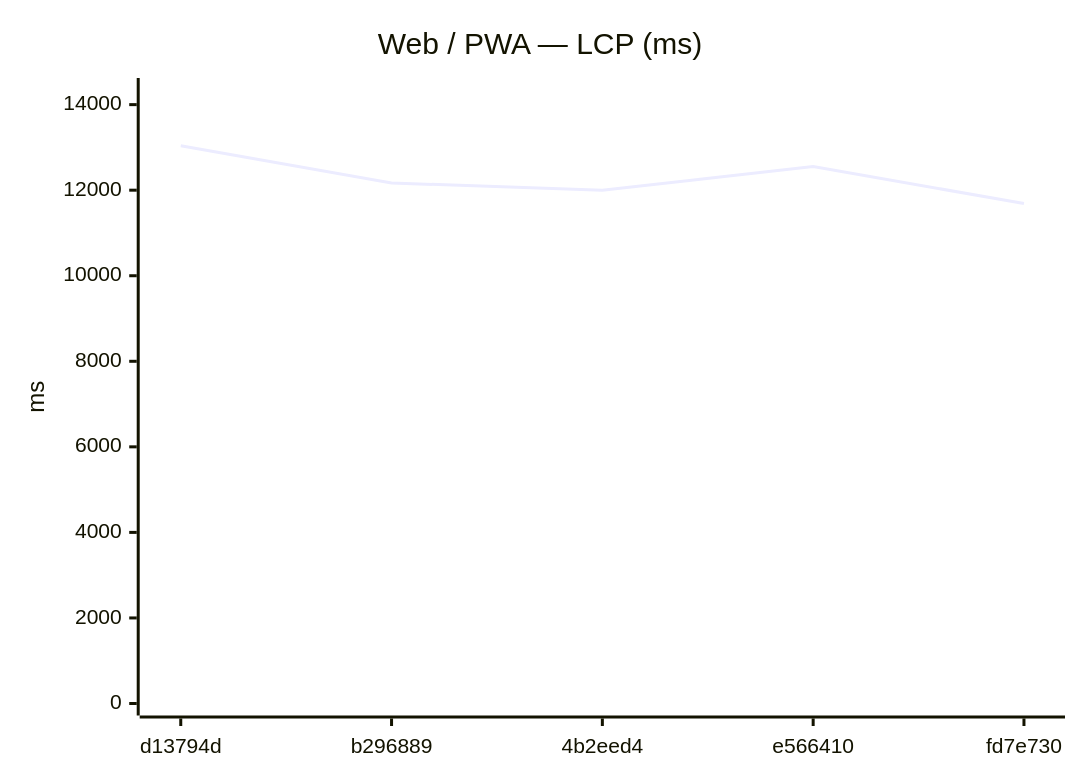
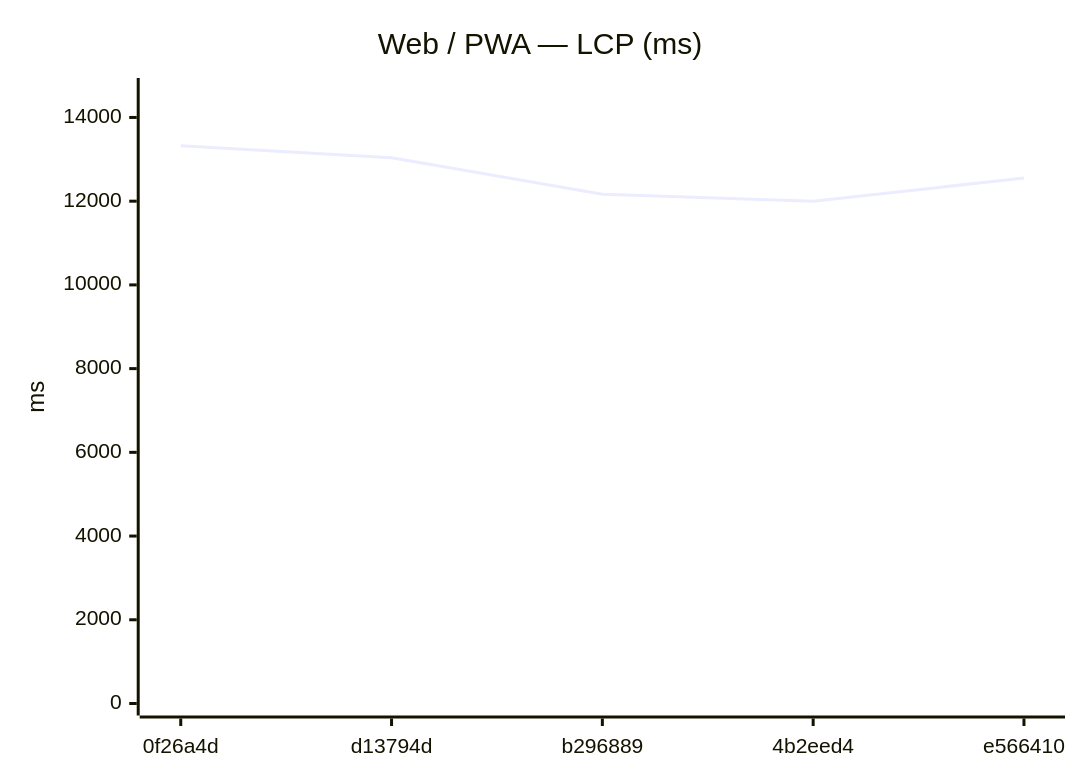
Before and after one commit to Metaheurist/Rianell: the seventh of 18 diagrams in benchmarks/compare.md, drawn with Mermaid. The commit also changed other lines of this file and 11 other files, not shown here.

````diff
--- a/benchmarks/compare.md
+++ b/benchmarks/compare.md
@@ -117,7 +117,7 @@
 ```mermaid
 xychart-beta
     title "Web / PWA — LCP (ms)"
-    x-axis ["d13794d", "b296889", "4b2eed4", "e566410", "fd7e730"]
-    y-axis "ms" 0 --> 14342
-    line [13038, 12168, 11999, 12553, 11687]
+    x-axis ["0f26a4d", "d13794d", "b296889", "4b2eed4", "e566410"]
+    y-axis "ms" 0 --> 14656
+    line [13323, 13038, 12168, 11999, 12553]
 ```
````
